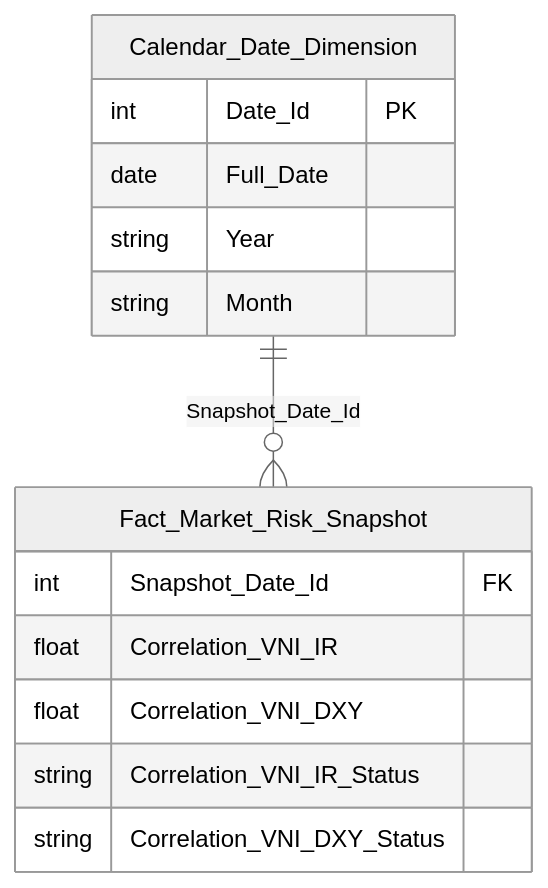
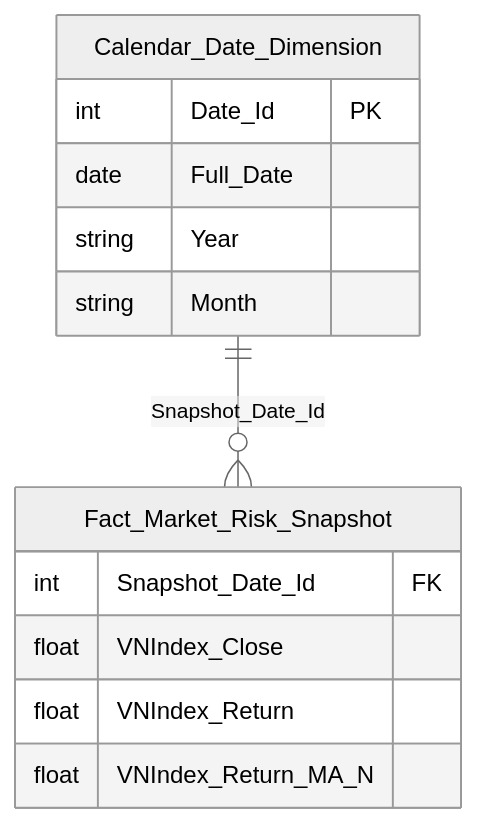
One commit to linhlvit/ubck_atomic_design changed diagram 17 of 51 in Datamart/hld/DTM_PTTT_HLD.md. Above: the diagram before and after it, drawn with Mermaid (neutral theme). The commit also changed other lines of this file and 11 other files, not shown here.

````diff
--- a/Datamart/hld/DTM_PTTT_HLD.md
+++ b/Datamart/hld/DTM_PTTT_HLD.md
@@ -815,17 +785,16 @@
 ```mermaid
 erDiagram
     Fact_Market_Risk_Snapshot {
         int Snapshot_Date_Id FK
-        float Correlation_VNI_IR
-        float Correlation_VNI_DXY
-        string Correlation_VNI_IR_Status
-        string Correlation_VNI_DXY_Status
+        float VNIndex_Close
+        float VNIndex_Return
+        float VNIndex_Return_MA_N
     }
     Calendar_Date_Dimension {
         int Date_Id PK
         date Full_Date
         string Year
         string Month
     }
     Calendar_Date_Dimension ||--o{ Fact_Market_Risk_Snapshot : "Snapshot_Date_Id"
 ```
````
